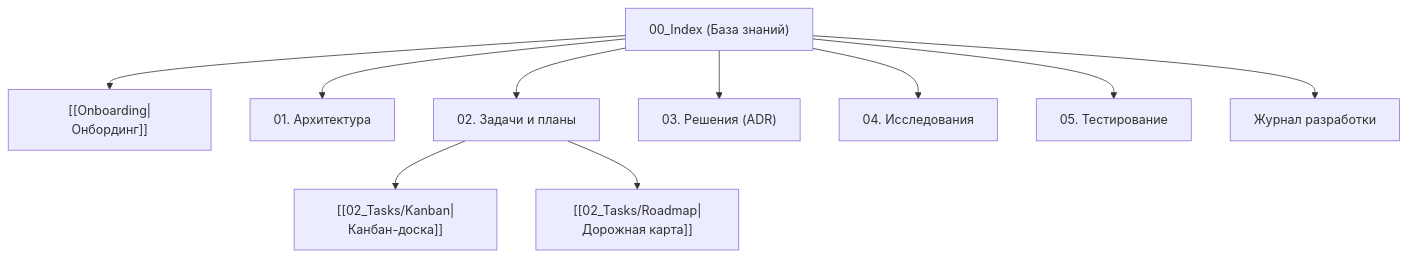
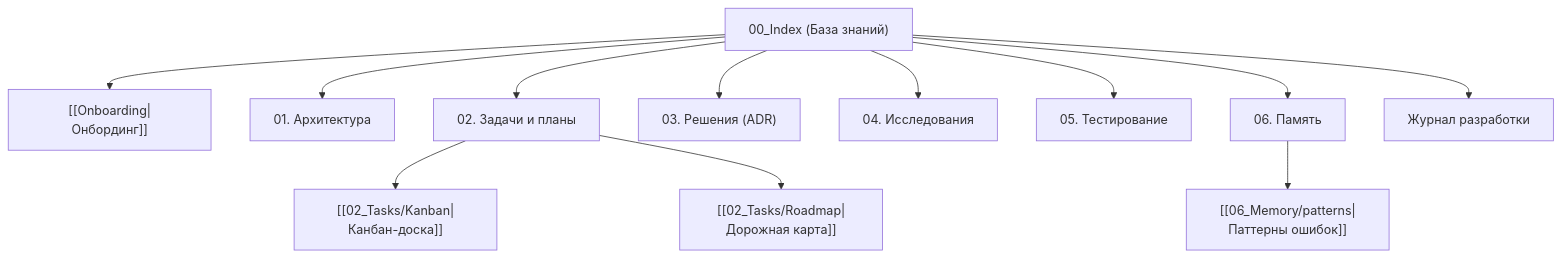
One commit to koudinie101-png/agent-docs-harness changed the diagram in docs/00_Index.md. Above: the diagram before and after it, drawn with Mermaid. The commit also changed other lines of this file and 7 other files, not shown here.

Commit message:
feat(memory): implement procedural memory infrastructure and patterns index (TASK-061)

````diff
--- a/docs/00_Index.md
+++ b/docs/00_Index.md
@@ -27,13 +27,15 @@
 ```mermaid
 flowchart TD
     Index["00_Index (База знаний)"] --> Onboarding["[[Onboarding|Онбординг]]"]
     Index --> Arch["01. Архитектура"]
     Index --> Tasks["02. Задачи и планы"]
     Index --> ADR["03. Решения (ADR)"]
     Index --> Research["04. Исследования"]
     Index --> Testing["05. Тестирование"]
+    Index --> Memory["06. Память"]
     Index --> Devlog["Журнал разработки"]
 
     Tasks --> Kanban["[[02_Tasks/Kanban|Канбан-доска]]"]
     Tasks --> Roadmap["[[02_Tasks/Roadmap|Дорожная карта]]"]
+    Memory --> Patterns["[[06_Memory/patterns|Паттерны ошибок]]"]
 ```
````
